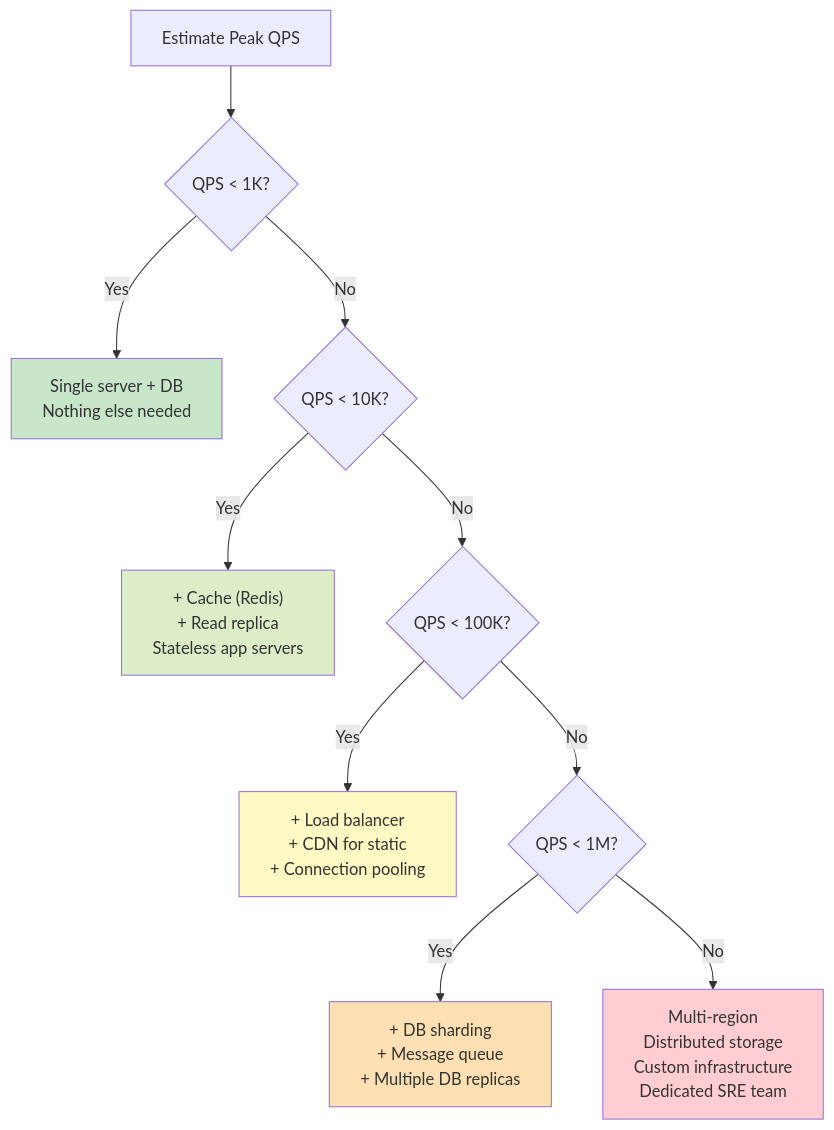
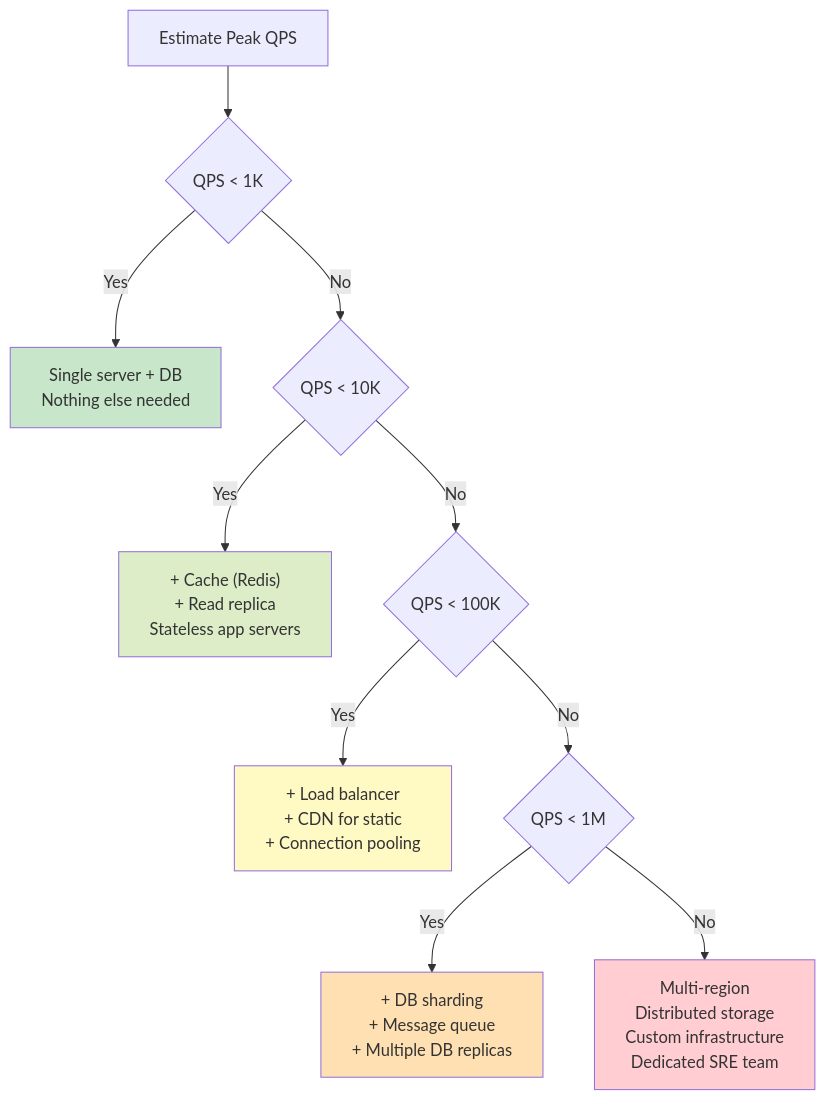
One commit to ranjeetnegi/System-Design-for-Staff-SWE changed the seventh of 12 diagrams in Section0/Chapter_5_Numbers_Estimation.md. Above: the diagram before and after it, drawn with Mermaid. The commit also changed other lines of this file and 11 other files, not shown here.

````diff
--- a/Section0/Chapter_5_Numbers_Estimation.md
+++ b/Section0/Chapter_5_Numbers_Estimation.md
@@ -1465,18 +1465,18 @@
 ```mermaid
 flowchart TD
-    A["Estimate Peak QPS"] --> B{QPS < 1K?}
+    A["Estimate Peak QPS"] --> B{QPS < 1K }
     B -->|Yes| C["Single server + DB<br/>Nothing else needed"]
-    B -->|No| D{QPS < 10K?}
+    B -->|No| D{QPS < 10K }
     D -->|Yes| E["+ Cache (Redis)<br/>+ Read replica<br/>Stateless app servers"]
-    D -->|No| F{QPS < 100K?}
+    D -->|No| F{QPS < 100K }
     F -->|Yes| G["+ Load balancer<br/>+ CDN for static<br/>+ Connection pooling"]
-    F -->|No| H{QPS < 1M?}
+    F -->|No| H{QPS < 1M }
     H -->|Yes| I["+ DB sharding<br/>+ Message queue<br/>+ Multiple DB replicas"]
     H -->|No| J["Multi-region<br/>Distributed storage<br/>Custom infrastructure<br/>Dedicated SRE team"]
     
     style C fill:#c8e6c9
     style E fill:#dcedc8
     style G fill:#fff9c4
     style I fill:#ffe0b2
     style J fill:#ffcdd2
 ```
````
